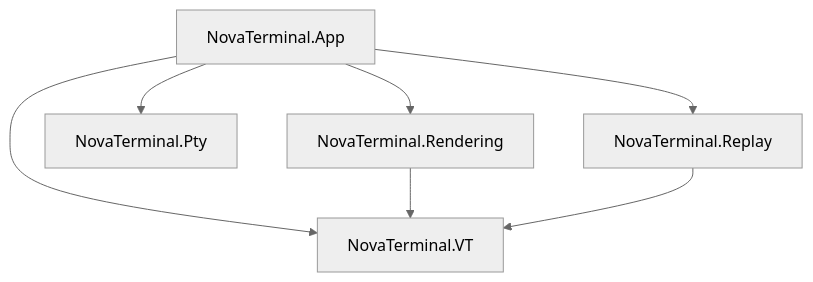
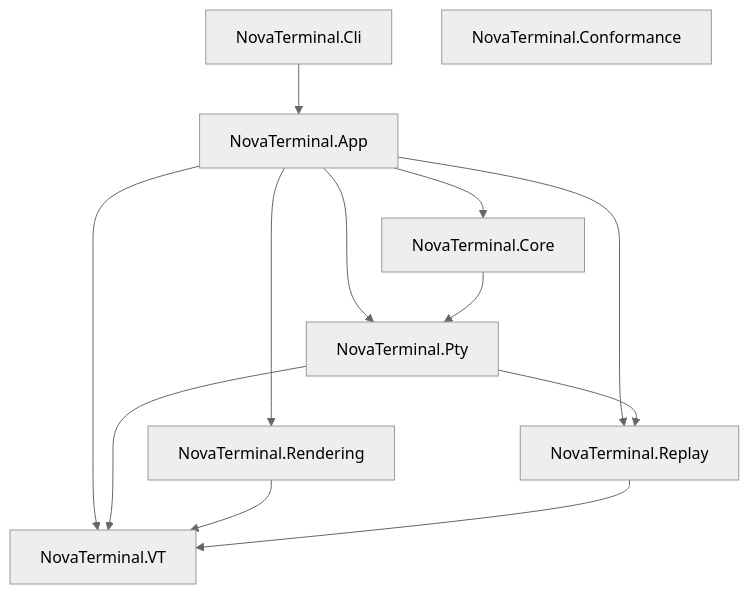
One commit to benyblack/NovaTerminal changed the diagram in README.md. Above: the diagram before and after it, drawn with Mermaid (neutral theme). The commit also changed other lines of this file and 6 other files, not shown here.

````diff
--- a/README.md
+++ b/README.md
@@ -88,9 +115,15 @@
 ```mermaid
 graph TD
-    App[NovaTerminal.App] --> Rendering[NovaTerminal.Rendering]
+    Cli[NovaTerminal.Cli] --> App[NovaTerminal.App]
+    App --> Core[NovaTerminal.Core]
     App --> VT[NovaTerminal.VT]
+    App --> Rendering[NovaTerminal.Rendering]
     App --> Pty[NovaTerminal.Pty]
     App --> Replay[NovaTerminal.Replay]
+    Core --> Pty
+    Pty --> VT
+    Pty --> Replay
     Rendering --> VT
     Replay --> VT
+    Conformance[NovaTerminal.Conformance]
 ```
````
